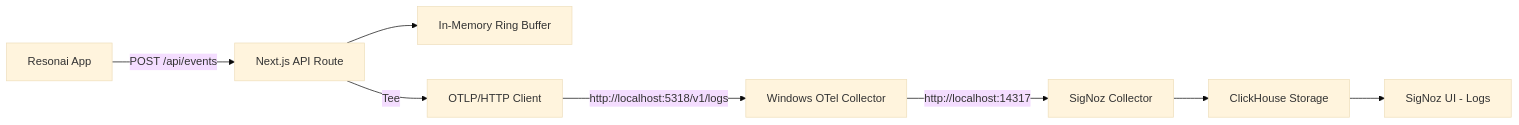
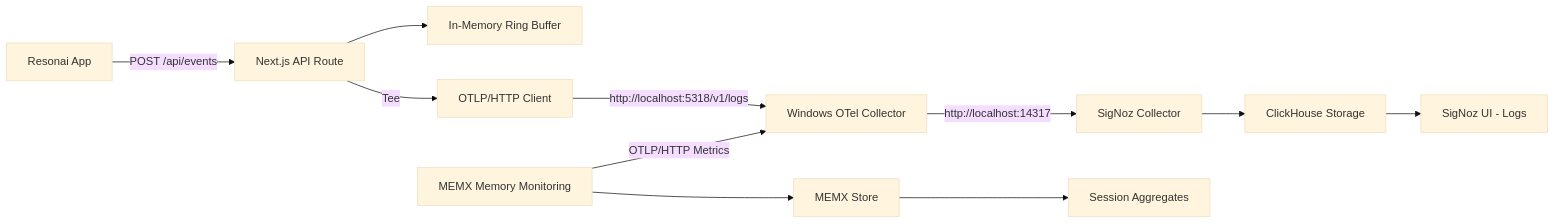
The diagram in docs/WIRING_GUIDE.md (MoneyCat-inc/otel-ops-pack), drawn with Mermaid (base theme) before and after one commit. The commit also changed other lines of this file and 6 other files, not shown here.

Commit message:
MEMX: emit underscored metrics + dashboard; docs/verify updated; streaming defaults

````diff
--- a/docs/WIRING_GUIDE.md
+++ b/docs/WIRING_GUIDE.md
@@ -17,10 +17,14 @@
 ```mermaid
 graph LR
     A[Resonai App] -->|POST /api/events| B[Next.js API Route]
     B --> C[In-Memory Ring Buffer]
     B -->|Tee| D[OTLP/HTTP Client]
     D -->|http://localhost:5318/v1/logs| E[Windows OTel Collector]
     E -->|http://localhost:14317| F[SigNoz Collector]
     F --> G[ClickHouse Storage]
     G --> H[SigNoz UI - Logs]
+    
+    I[MEMX Memory Monitoring] -->|OTLP/HTTP Metrics| E
+    I --> J[MEMX Store]
+    J --> K[Session Aggregates]
 ```
````
